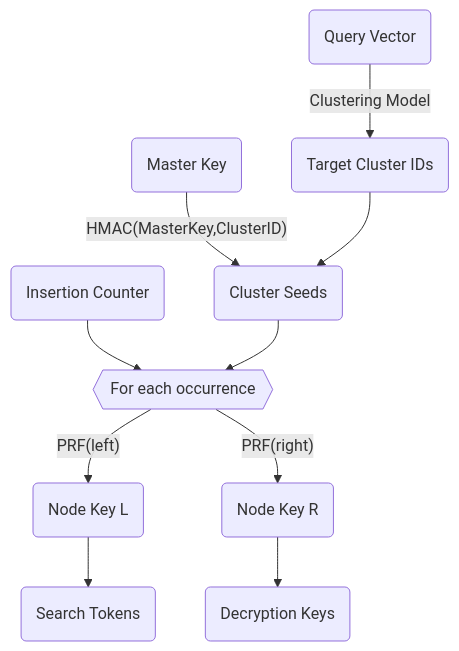
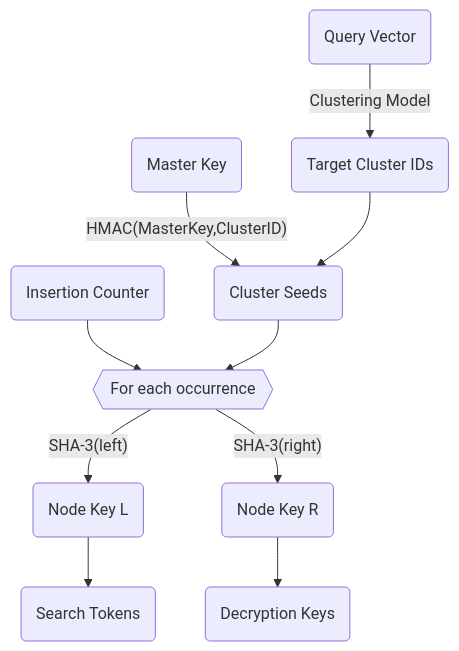
One commit to cyborginc/cyborgdb-docs changed the second of 3 diagrams in versions/next/intro/encryption.mdx. Above: the diagram before and after it, drawn with Mermaid. The commit also changed other lines of this file and 2 other files, not shown here.

Commit message:
Keep SHA-3 wording in encryption intro

````diff
--- a/versions/next/intro/encryption.mdx
+++ b/versions/next/intro/encryption.mdx
@@ -96,16 +96,16 @@
 ```mermaid
 graph TD
     A(Query Vector) -->|"Clustering Model"| B(Target Cluster IDs)
     
     MK(Master Key) -->|"HMAC(MasterKey,ClusterID)"| C(Cluster Seeds)
     B --> C
     
     CM(Insertion Counter) --> ITER{{"For each occurrence"}}
     C --> ITER
     
-    ITER -->|"PRF(left)"| E1(Node Key L)
-    ITER -->|"PRF(right)"| E2(Node Key R)
+    ITER -->|"SHA-3(left)"| E1(Node Key L)
+    ITER -->|"SHA-3(right)"| E2(Node Key R)
     
     E1 --> F(Search Tokens)
     E2 --> G(Decryption Keys)
 ```
````
